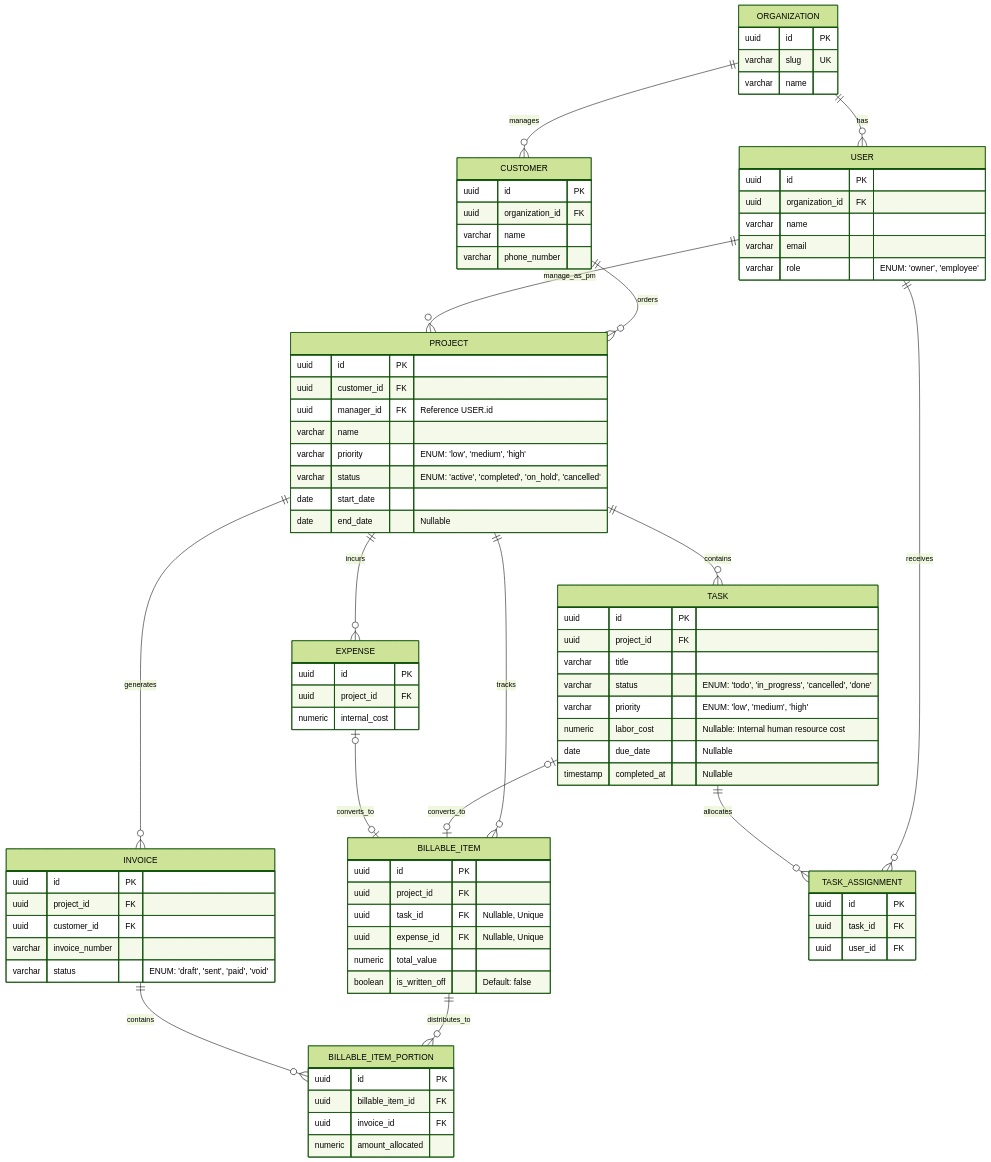
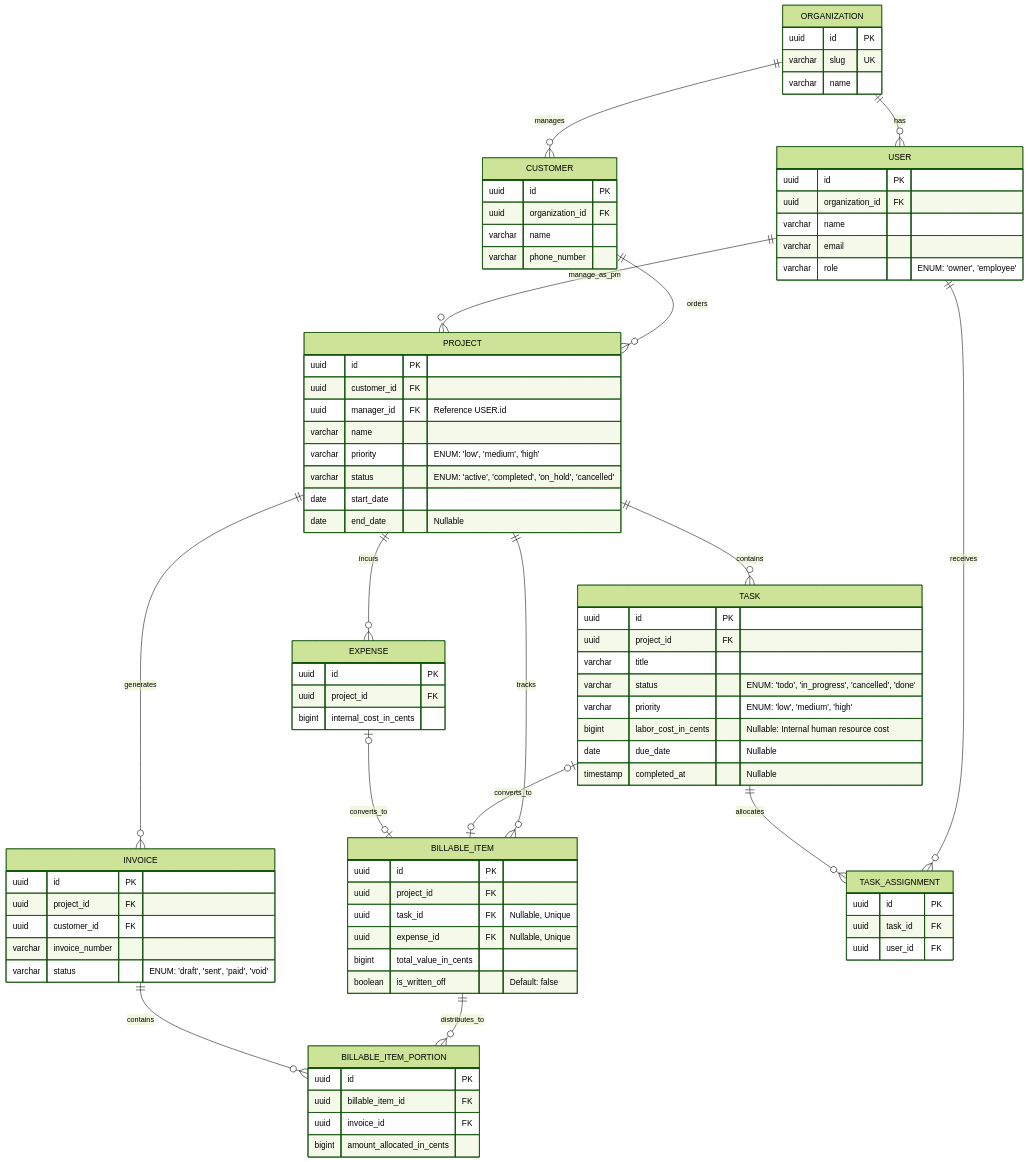
Before and after one commit to mauriciobarda/service-tenant-erp: the diagram in docs/database.md, drawn with Mermaid (forest theme).

Commit message:
docs: change numeric to integer type in financial data columns to ensure precision in cents

```diff
--- a/docs/database.md
+++ b/docs/database.md
@@ -77,7 +77,7 @@
         varchar title
         varchar status "ENUM: 'todo', 'in_progress', 'cancelled', 'done'"
         varchar priority "ENUM: 'low', 'medium', 'high'"
-        numeric labor_cost "Nullable: Internal human resource cost"
+        bigint labor_cost_in_cents "Nullable: Internal human resource cost"
         date due_date "Nullable"
         timestamp completed_at "Nullable"
     }
@@ -91,7 +91,7 @@
     EXPENSE {
         uuid id PK
         uuid project_id FK
-        numeric internal_cost
+        bigint internal_cost_in_cents
     }
 
     BILLABLE_ITEM {
@@ -99,7 +99,7 @@
         uuid project_id FK
         uuid task_id FK "Nullable, Unique"
         uuid expense_id FK "Nullable, Unique"
-        numeric total_value
+        bigint total_value_in_cents
         boolean is_written_off "Default: false"
     }
 
@@ -107,7 +107,7 @@
         uuid id PK
         uuid billable_item_id FK
         uuid invoice_id FK
-        numeric amount_allocated
+        bigint amount_allocated_in_cents
     }
 
     INVOICE {
```
